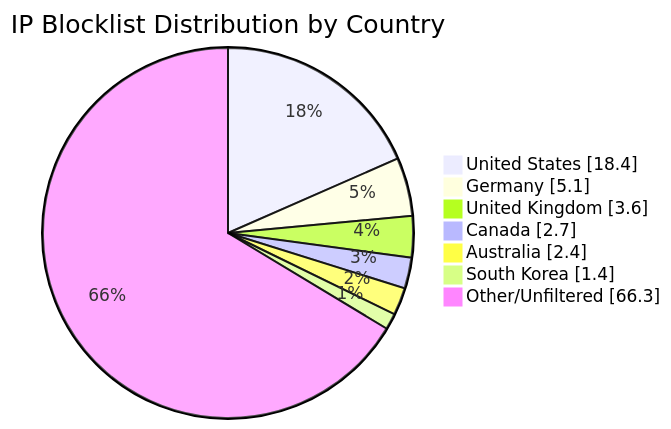
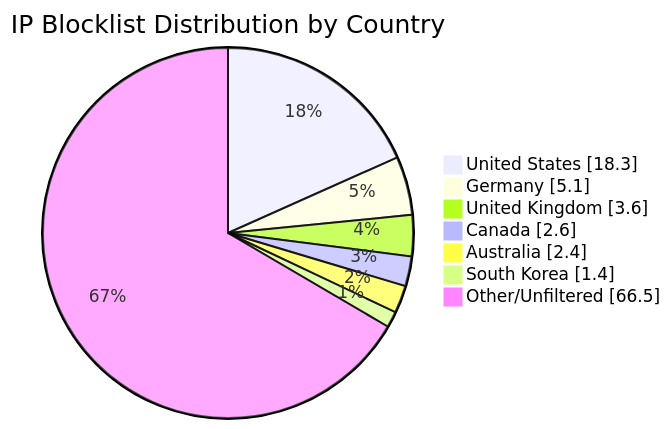
The diagram in README.md (MarcusHoltz/ipblocklist-geofiltered-aggregator), drawn with Mermaid before and after one commit. The commit also changed other lines of this file and 9 other files, not shown here.

````diff
--- a/README.md
+++ b/README.md
@@ -34,10 +34,10 @@
 ```mermaid
 pie showData title IP Blocklist Distribution by Country
-"United States" : 18.4
+"United States" : 18.3
 "Germany" : 5.1
 "United Kingdom" : 3.6
-"Canada" : 2.7
+"Canada" : 2.6
 "Australia" : 2.4
 "South Korea" : 1.4
-"Other/Unfiltered" : 66.3
+"Other/Unfiltered" : 66.5
 ```
````
